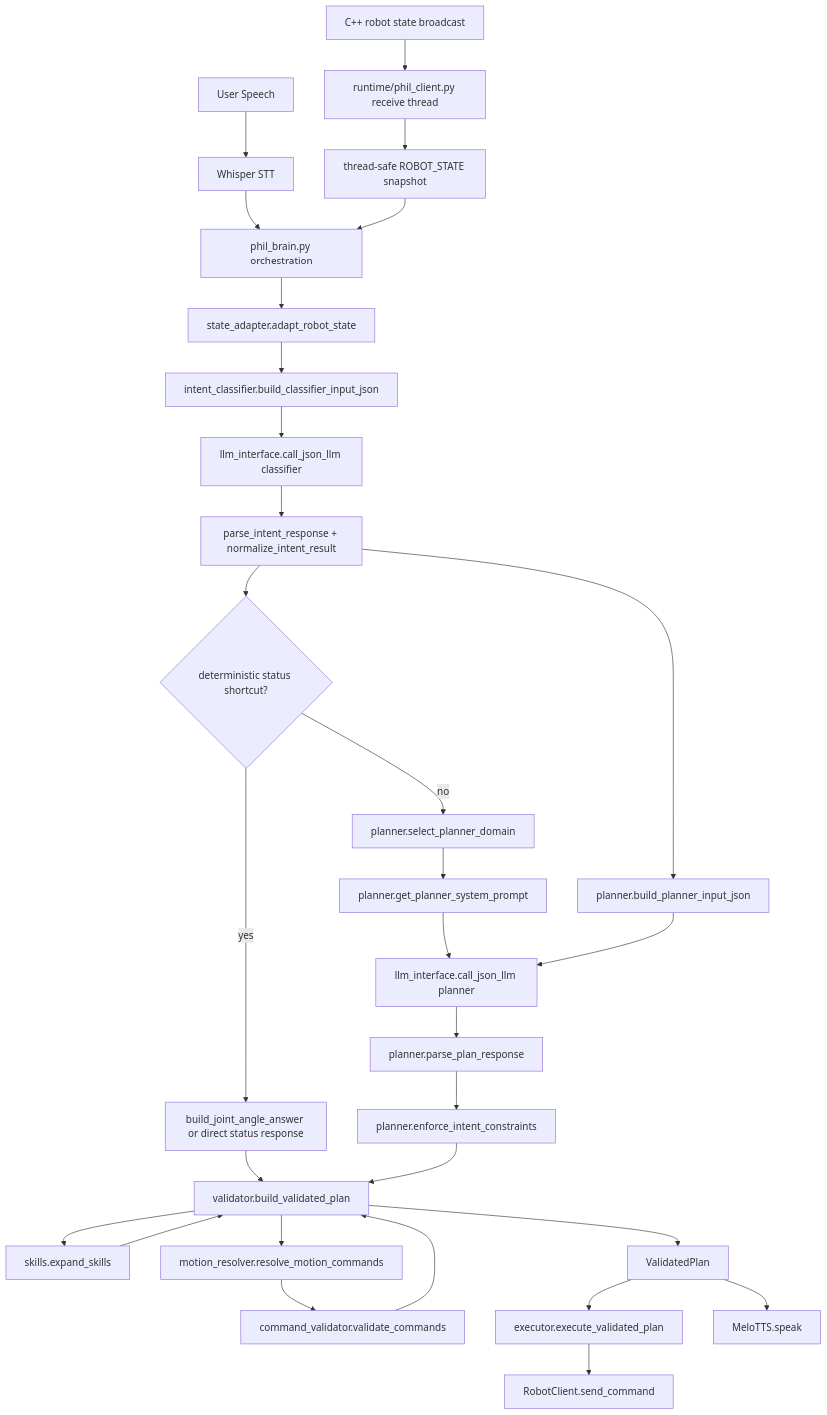
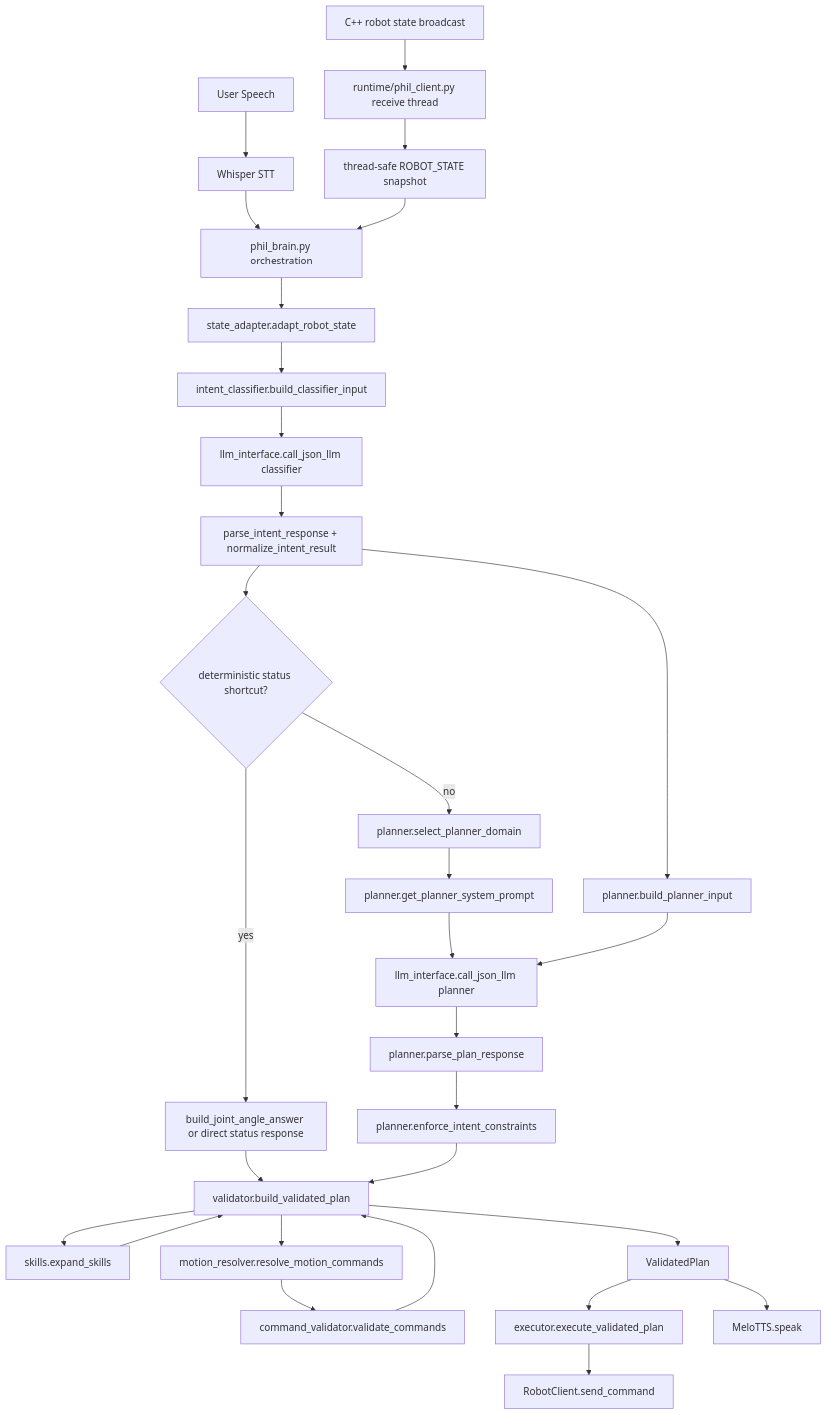
The diagram in docs/LLM_PIPELINE_ARCHITECTURE.md (KIST-delight-robotics/PHIL_Interaction), drawn with Mermaid before and after one commit. The commit also changed other lines of this file and 28 other files, not shown here.

````diff
--- a/docs/LLM_PIPELINE_ARCHITECTURE.md
+++ b/docs/LLM_PIPELINE_ARCHITECTURE.md
@@ -273,38 +273,38 @@
 ```mermaid
 flowchart TD
     A[User Speech] --> B[Whisper STT]
     B --> C[phil_brain.py orchestration]
     C --> D[state_adapter.adapt_robot_state]
 
-    D --> E[intent_classifier.build_classifier_input_json]
+    D --> E[intent_classifier.build_classifier_input]
     E --> F[llm_interface.call_json_llm classifier]
     F --> G[parse_intent_response + normalize_intent_result]
 
     G --> H{deterministic status shortcut?}
     H -->|yes| I[build_joint_angle_answer or direct status response]
     H -->|no| J[planner.select_planner_domain]
     J --> K[planner.get_planner_system_prompt]
-    G --> L[planner.build_planner_input_json]
+    G --> L[planner.build_planner_input]
     K --> M[llm_interface.call_json_llm planner]
     L --> M
     M --> N[planner.parse_plan_response]
     N --> O[planner.enforce_intent_constraints]
 
     I --> P[validator.build_validated_plan]
     O --> P
 
     P --> Q[skills.expand_skills]
     P --> R[motion_resolver.resolve_motion_commands]
     R --> S[command_validator.validate_commands]
     Q --> P
     S --> P
 
     P --> T[ValidatedPlan]
     T --> U[executor.execute_validated_plan]
     U --> V[RobotClient.send_command]
     T --> W[MeloTTS.speak]
 
     X[C++ robot state broadcast] --> Y[runtime/phil_client.py receive thread]
     Y --> Z[thread-safe ROBOT_STATE snapshot]
     Z --> C
 ```
````
